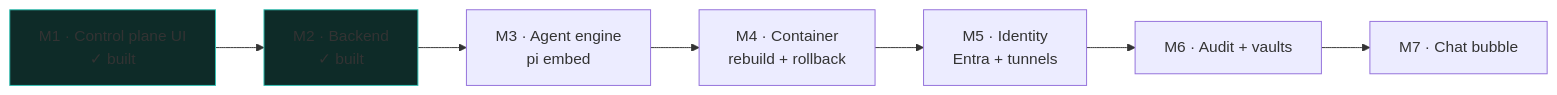
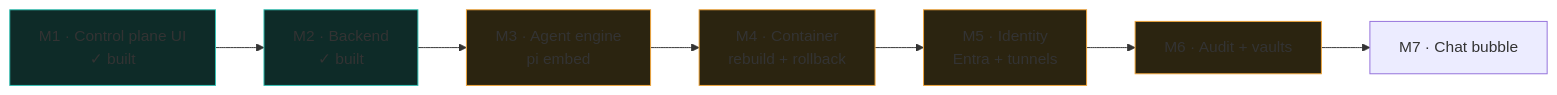
Before and after one commit to DreamLab-AI/docBox: the fourth of 4 diagrams in README.md, drawn with Mermaid. The commit also changed other lines of this file, not shown here.

First line of the commit message:
docs: README currency — roadmap M3-M6 in-progress, repo-map refresh

````diff
--- a/README.md
+++ b/README.md
@@ -201,11 +201,15 @@
 ```mermaid
 flowchart LR
   M1["M1 · Control plane UI\n✓ built"] --> M2["M2 · Backend\n✓ built"]
   M2 --> M3["M3 · Agent engine\npi embed"]
   M3 --> M4["M4 · Container\nrebuild + rollback"]
   M4 --> M5["M5 · Identity\nEntra + tunnels"]
   M5 --> M6["M6 · Audit + vaults"]
   M6 --> M7["M7 · Chat bubble"]
   style M1 fill:#0e2b28,stroke:#33c2b4
   style M2 fill:#0e2b28,stroke:#33c2b4
+  style M3 fill:#2b2410,stroke:#f0a53a
+  style M4 fill:#2b2410,stroke:#f0a53a
+  style M5 fill:#2b2410,stroke:#f0a53a
+  style M6 fill:#2b2410,stroke:#f0a53a
 ```
````
